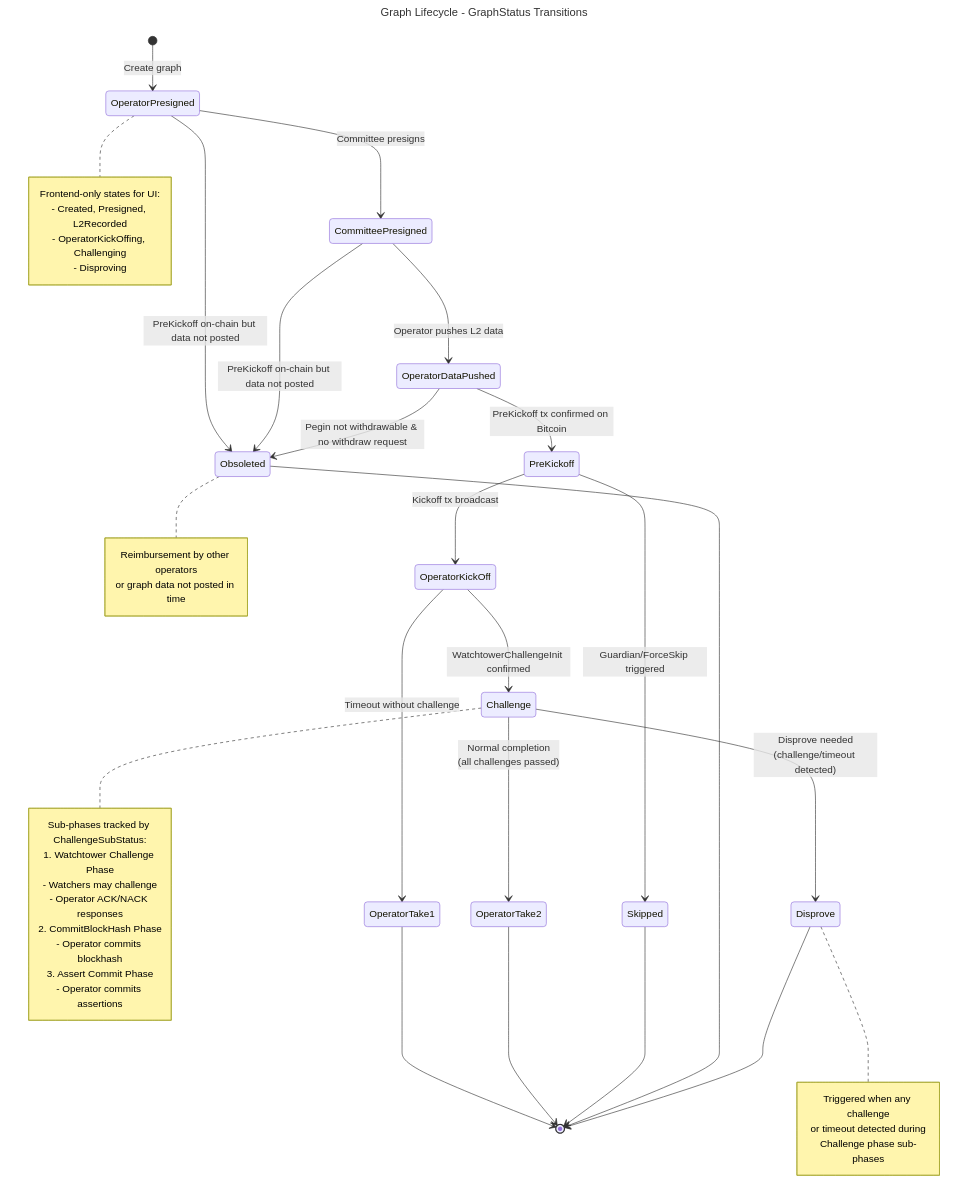
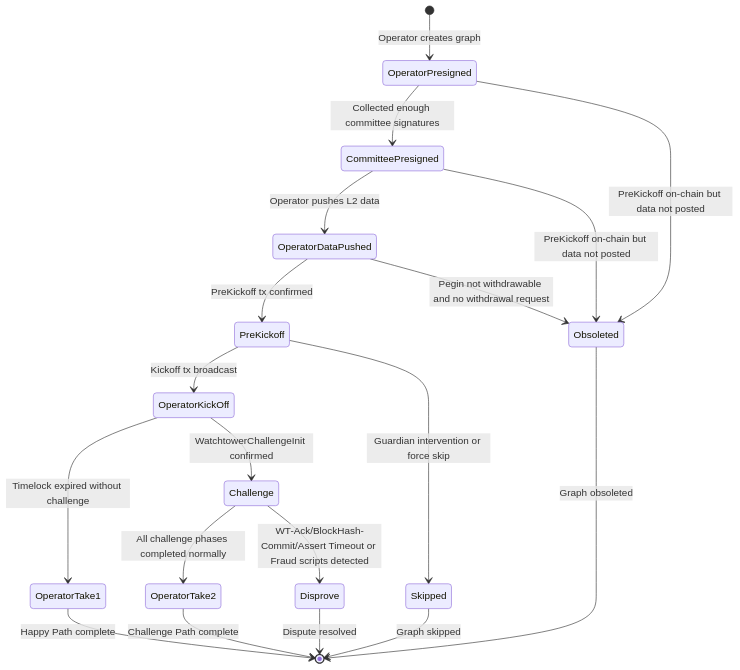
One commit to GOATNetwork/bitvm2-node changed the ninth of 14 diagrams in node/README.md. Above: the diagram before and after it, drawn with Mermaid. The commit also changed other lines of this file and 1 other file, not shown here.

````diff
--- a/node/README.md
+++ b/node/README.md
@@ -19,60 +399,28 @@
 ```mermaid
----
-title: Graph Lifecycle - GraphStatus Transitions
----
 stateDiagram-v2
-    [*] --> OperatorPresigned: Create graph
+    [*] --> OperatorPresigned: Operator creates graph
 
-    OperatorPresigned --> CommitteePresigned: Committee presigns
+    OperatorPresigned --> CommitteePresigned: Collected enough committee signatures
     OperatorPresigned --> Obsoleted: PreKickoff on-chain but data not posted
 
     CommitteePresigned --> OperatorDataPushed: Operator pushes L2 data
     CommitteePresigned --> Obsoleted: PreKickoff on-chain but data not posted
 
-    OperatorDataPushed --> PreKickoff: PreKickoff tx confirmed on Bitcoin
-    OperatorDataPushed --> Obsoleted: Pegin not withdrawable & no withdraw request
+    OperatorDataPushed --> PreKickoff: PreKickoff tx confirmed
+    OperatorDataPushed --> Obsoleted: Pegin not withdrawable and no withdrawal request
 
     PreKickoff --> OperatorKickOff: Kickoff tx broadcast
-    PreKickoff --> Skipped: Guardian/ForceSkip triggered
+    PreKickoff --> Skipped: Guardian intervention or force skip
 
-    OperatorKickOff --> OperatorTake1: Timeout without challenge
+    OperatorKickOff --> OperatorTake1: Timelock expired without challenge
     OperatorKickOff --> Challenge: WatchtowerChallengeInit confirmed
 
-    Challenge --> Disprove: Disprove needed<br/>(challenge/timeout detected)
-    Challenge --> OperatorTake2: Normal completion<br/>(all challenges passed)
+    Challenge --> OperatorTake2: All challenge phases completed normally
+    Challenge --> Disprove: WT-Ack/BlockHash-Commit/Assert Timeout or Fraud scripts detected
 
-    OperatorTake1 --> [*]
-    OperatorTake2 --> [*]
-    Skipped --> [*]
-    Obsoleted --> [*]
-    Disprove --> [*]
-
-    note right of Challenge
-        Sub-phases tracked by ChallengeSubStatus:
-        1. Watchtower Challenge Phase
-           - Watchers may challenge
-           - Operator ACK/NACK responses
-        2. CommitBlockHash Phase
-           - Operator commits blockhash
-        3. Assert Commit Phase
-           - Operator commits assertions
-    end note
-
-    note right of Disprove
-        Triggered when any challenge
-        or timeout detected during
-        Challenge phase sub-phases
-    end note
-
-    note right of Obsoleted
-        Reimbursement by other operators
-        or graph data not posted in time
-    end note
-
-    note right of OperatorPresigned
-        Frontend-only states for UI:
-        - Created, Presigned, L2Recorded
-        - OperatorKickOffing, Challenging
-        - Disproving
-    end note
+    OperatorTake1 --> [*]: Happy Path complete
+    OperatorTake2 --> [*]: Challenge Path complete
+    Skipped --> [*]: Graph skipped
+    Obsoleted --> [*]: Graph obsoleted
+    Disprove --> [*]: Dispute resolved
 ```
````
